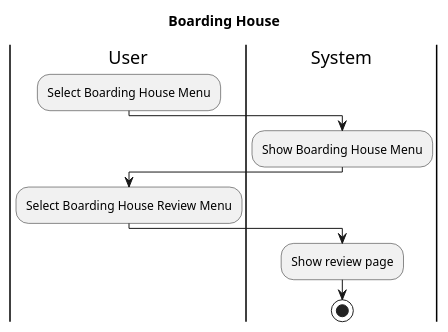
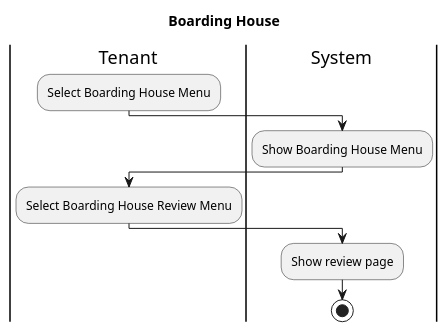
Before and after one commit to AntWort21/BHFMS: the diagram in Design/BHFMS_ACTIVITY/View Review.puml, drawn with PlantUML. The commit also changed 11 other files, not shown here.

Commit message:
adjusted all diagram's actor

```diff
--- a/Design/BHFMS_ACTIVITY/View Review.puml
+++ b/Design/BHFMS_ACTIVITY/View Review.puml
@@ -1,15 +1,15 @@
 @startuml
 title Boarding House
-|User|
+|Tenant|
     :Select Boarding House Menu;
     
 |System|
     :Show Boarding House Menu;
 
-|User|
+|Tenant|
     :Select Boarding House Review Menu;
 
 |System|
     :Show review page;
     stop
 @enduml
```
